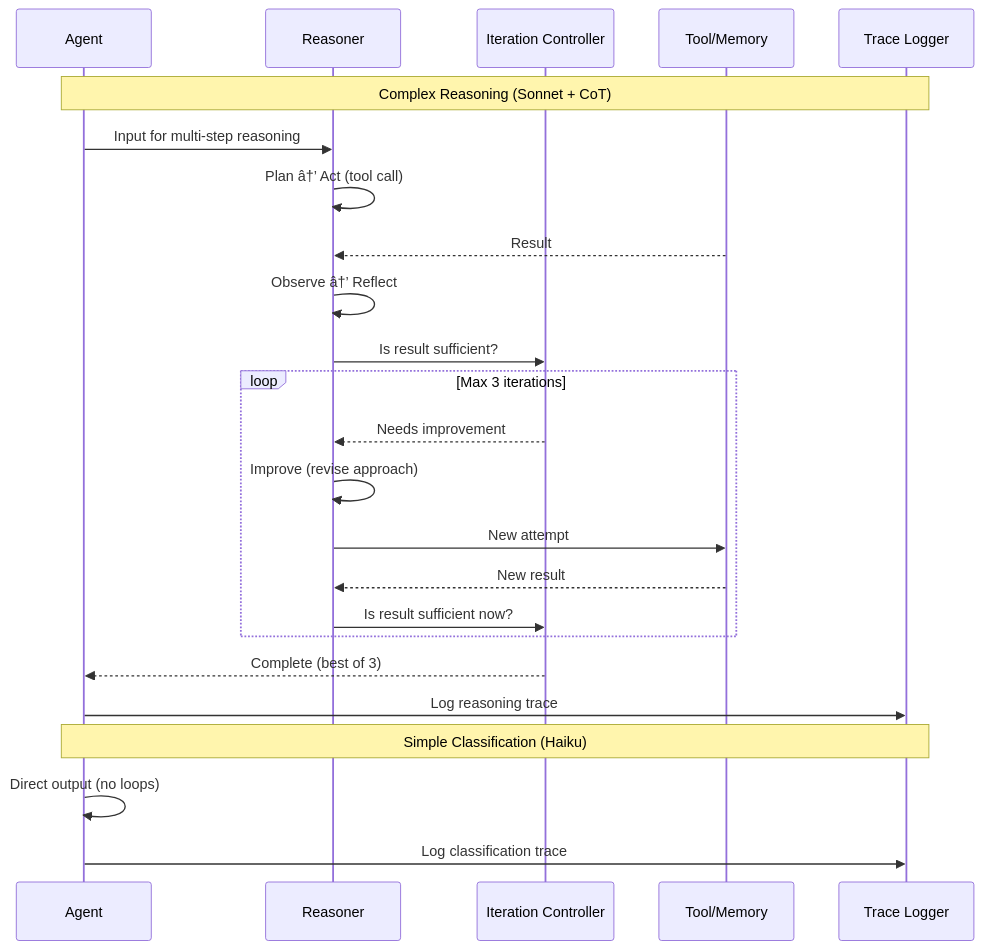
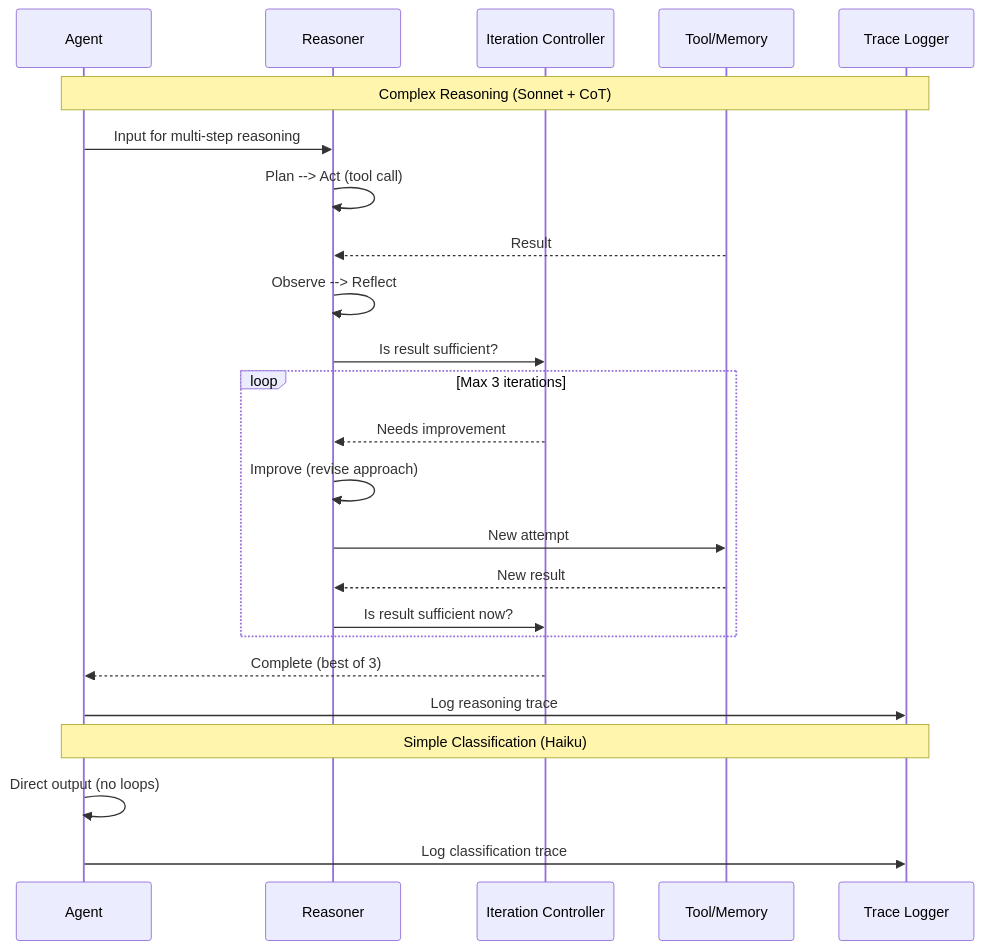
The second of 2 diagrams in Docs/AI/Reasoning.md (Driftloom/Vaeloom), drawn with Mermaid before and after one commit. The commit also changed other lines of this file and 18 other files, not shown here.

Commit message:
docs(ai): add AI architecture overview and model routing

````diff
--- a/Docs/AI/Reasoning.md
+++ b/Docs/AI/Reasoning.md
@@ -196,30 +196,30 @@
 ```mermaid
 sequenceDiagram
     participant AG as Agent
     participant RE as Reasoner
     participant RC as Iteration Controller
     participant TOOL as Tool/Memory
     participant TL as Trace Logger
 
     Note over AG,TL: Complex Reasoning (Sonnet + CoT)
     AG->>RE: Input for multi-step reasoning
-    RE->>RE: Plan â†’ Act (tool call)
+    RE->>RE: Plan --> Act (tool call)
     TOOL-->>RE: Result
-    RE->>RE: Observe â†’ Reflect
+    RE->>RE: Observe --> Reflect
     RE->>RC: Is result sufficient?
     
     loop Max 3 iterations
         RC-->>RE: Needs improvement
         RE->>RE: Improve (revise approach)
         RE->>TOOL: New attempt
         TOOL-->>RE: New result
         RE->>RC: Is result sufficient now?
     end
     
     RC-->>AG: Complete (best of 3)
     AG->>TL: Log reasoning trace
     
     Note over AG,TL: Simple Classification (Haiku)
     AG->>AG: Direct output (no loops)
     AG->>TL: Log classification trace
 ```
````
